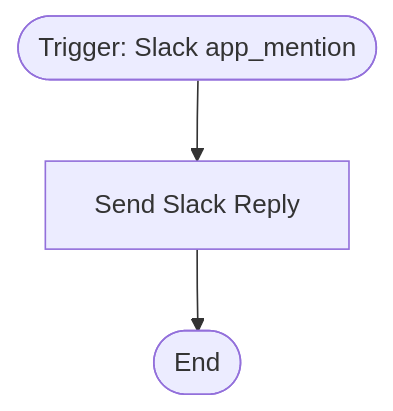
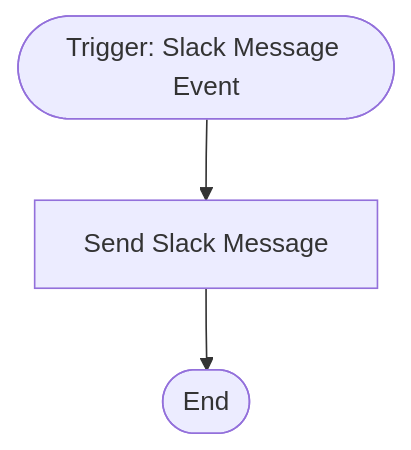
Before and after one commit to vishal-m1/test-sonar-integrations: the diagram in workflows/notifications-slack-event-reply-demo/context.md, drawn with Mermaid. The commit also changed other lines of this file and 2 other files, not shown here.

Commit message:
feat: add Notifications - Slack Event Reply - Demo workflow with context and test report

````diff
--- a/workflows/notifications-slack-event-reply-demo/context.md
+++ b/workflows/notifications-slack-event-reply-demo/context.md
@@ -12,5 +13,5 @@
 ```mermaid
 flowchart TD
-    A([Trigger: Slack app_mention]) --> B[Send Slack Reply]
+    A([Trigger: Slack Message Event]) --> B[Send Slack Message]
     B --> C([End])
 ```
````
